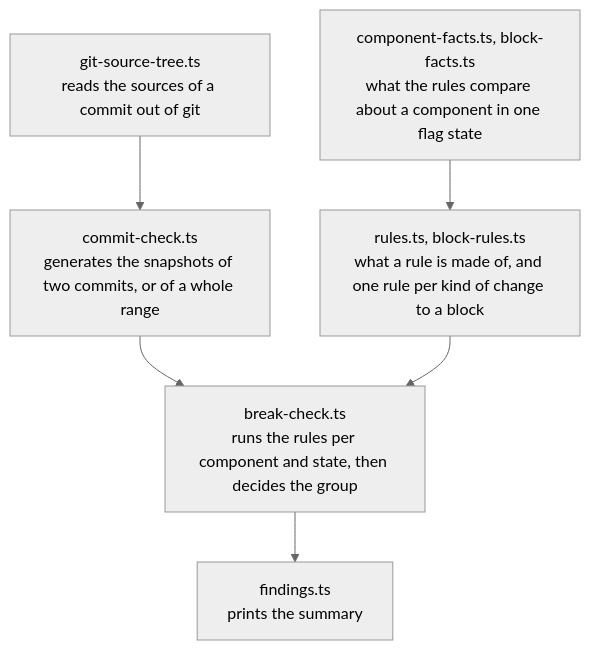
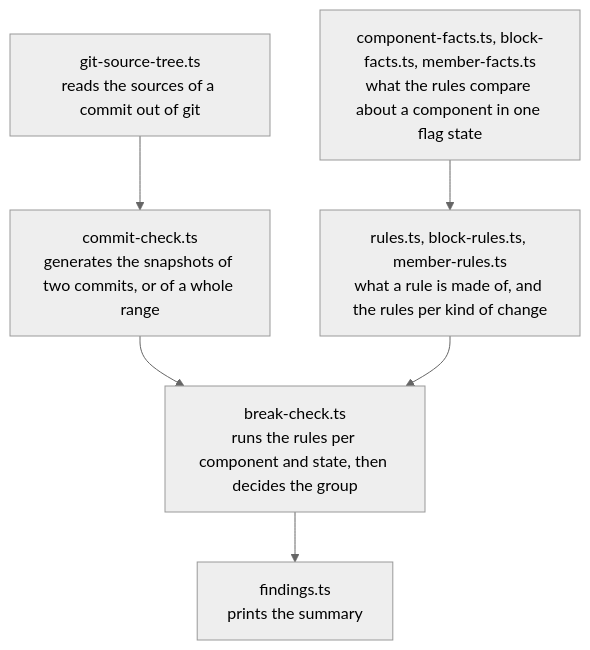
One commit to shopware/shopware changed the second of 2 diagrams in src/Administration/Resources/app/administration/scripts/generate-public-api/README.md. Above: the diagram before and after it, drawn with Mermaid (neutral theme). The commit also changed other lines of this file and 182 other files, not shown here.

````diff
--- a/src/Administration/Resources/app/administration/scripts/generate-public-api/README.md
+++ b/src/Administration/Resources/app/administration/scripts/generate-public-api/README.md
@@ -56,12 +69,12 @@
 ```mermaid
 flowchart TD
     git["git-source-tree.ts<br/>reads the sources of a commit out of git"]
     commits["commit-check.ts<br/>generates the snapshots of two commits, or of a whole range"]
-    facts["component-facts.ts, block-facts.ts<br/>what the rules compare about a component in one flag state"]
-    rules["rules.ts, block-rules.ts<br/>what a rule is made of, and one rule per kind of change to a block"]
+    facts["component-facts.ts, block-facts.ts, member-facts.ts<br/>what the rules compare about a component in one flag state"]
+    rules["rules.ts, block-rules.ts, member-rules.ts<br/>what a rule is made of, and the rules per kind of change"]
     check["break-check.ts<br/>runs the rules per component and state, then decides the group"]
     findings["findings.ts<br/>prints the summary"]
 
     git --> commits --> check
     facts --> rules --> check --> findings
 ```
````
